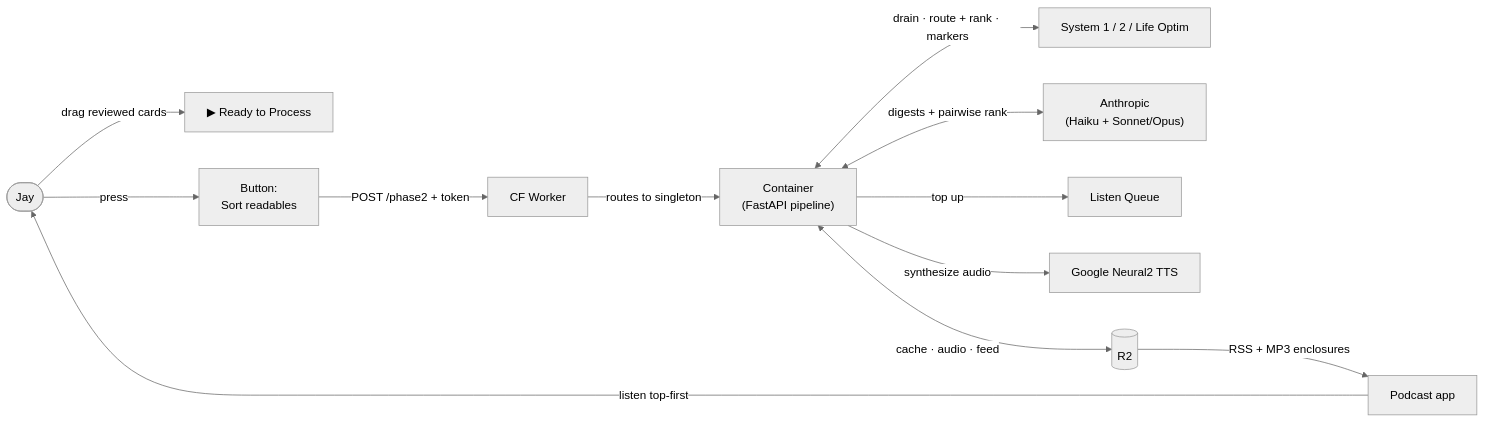
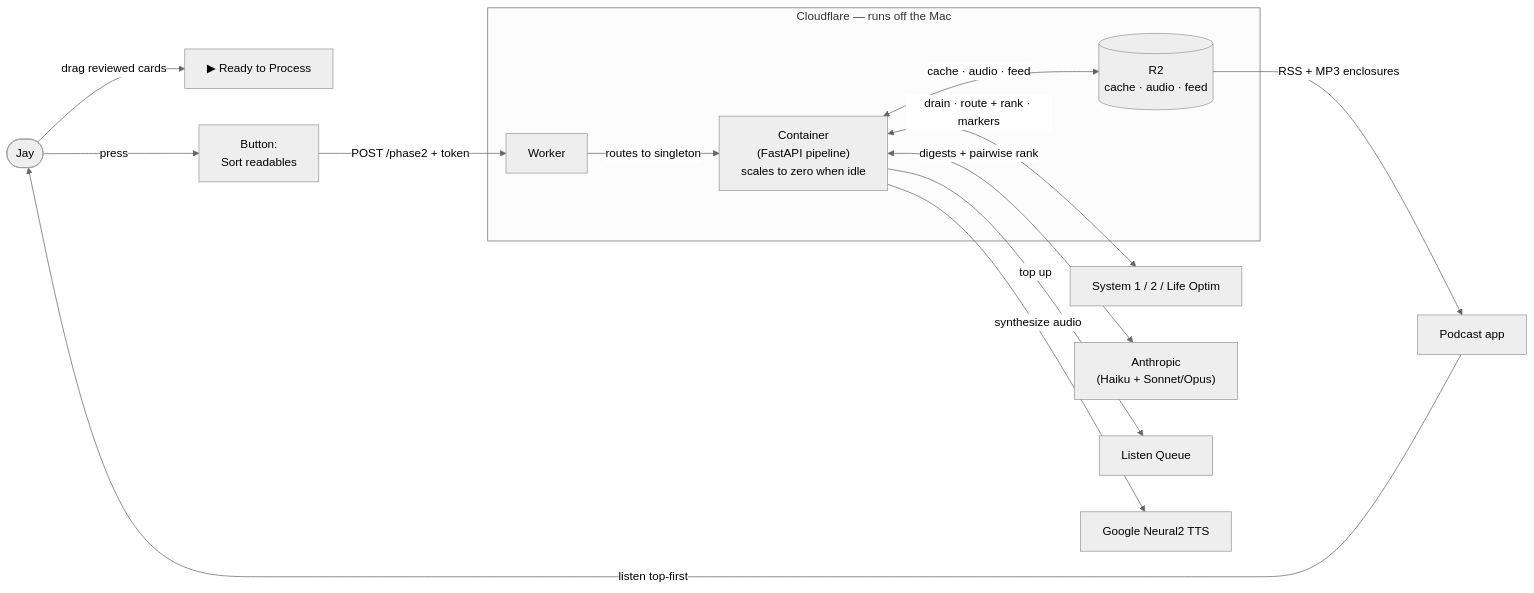
One commit to jeqcho/automated-counterfactual-podcast changed the third of 3 diagrams in README.md. Above: the diagram before and after it, drawn with Mermaid (neutral theme). The commit also changed other lines of this file, not shown here.

First line of the commit message:
docs: clarify R2-cache role in Phase 1 + box Worker/Container/R2 as Cloudflare

````diff
--- a/README.md
+++ b/README.md
@@ -122,14 +133,21 @@
 ```mermaid
 flowchart LR
     Jay(["Jay"]) -->|drag reviewed cards| Ready["▶ Ready to Process"]
     Jay -->|press| Btn["Button:<br/>Sort readables"]
-    Btn -->|POST /phase2 + token| Worker["CF Worker"]
-    Worker -->|routes to singleton| Container["Container<br/>(FastAPI pipeline)"]
+
+    subgraph CF["Cloudflare — runs off the Mac"]
+        Worker["Worker"]
+        Container["Container<br/>(FastAPI pipeline)<br/>scales to zero when idle"]
+        R2[("R2<br/>cache · audio · feed")]
+    end
+
+    Btn -->|POST /phase2 + token| Worker
+    Worker -->|routes to singleton| Container
     Container <-->|drain · route + rank · markers| Lists["System 1 / 2 / Life Optim"]
     Container <-->|digests + pairwise rank| Anthropic["Anthropic<br/>(Haiku + Sonnet/Opus)"]
     Container -->|top up| Queue["Listen Queue"]
     Container -->|synthesize audio| Google["Google Neural2 TTS"]
-    Container <-->|cache · audio · feed| R2[("R2")]
+    Container <-->|cache · audio · feed| R2
     R2 -->|RSS + MP3 enclosures| Podcast["Podcast app"]
     Podcast -->|listen top-first| Jay
 ```
````
